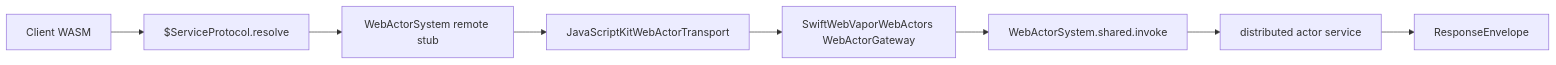
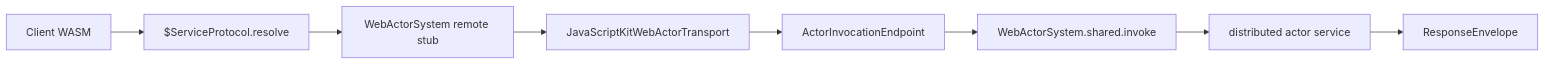
One commit to 1amageek/swift-web changed the ninth of 11 diagrams in Sources/SwiftWebRuntime/Core/README.md. Above: the diagram before and after it, drawn with Mermaid. The commit also changed other lines of this file and 17 other files, not shown here.

````diff
--- a/Sources/SwiftWebRuntime/Core/README.md
+++ b/Sources/SwiftWebRuntime/Core/README.md
@@ -423,10 +423,10 @@
 ```mermaid
 flowchart LR
   A["Client WASM"] --> B["$ServiceProtocol.resolve"]
   B --> C["WebActorSystem remote stub"]
   C --> D["JavaScriptKitWebActorTransport"]
-  D --> E["SwiftWebVaporWebActors WebActorGateway"]
+  D --> E["ActorInvocationEndpoint"]
   E --> F["WebActorSystem.shared.invoke"]
   F --> G["distributed actor service"]
   G --> H["ResponseEnvelope"]
 ```
````
